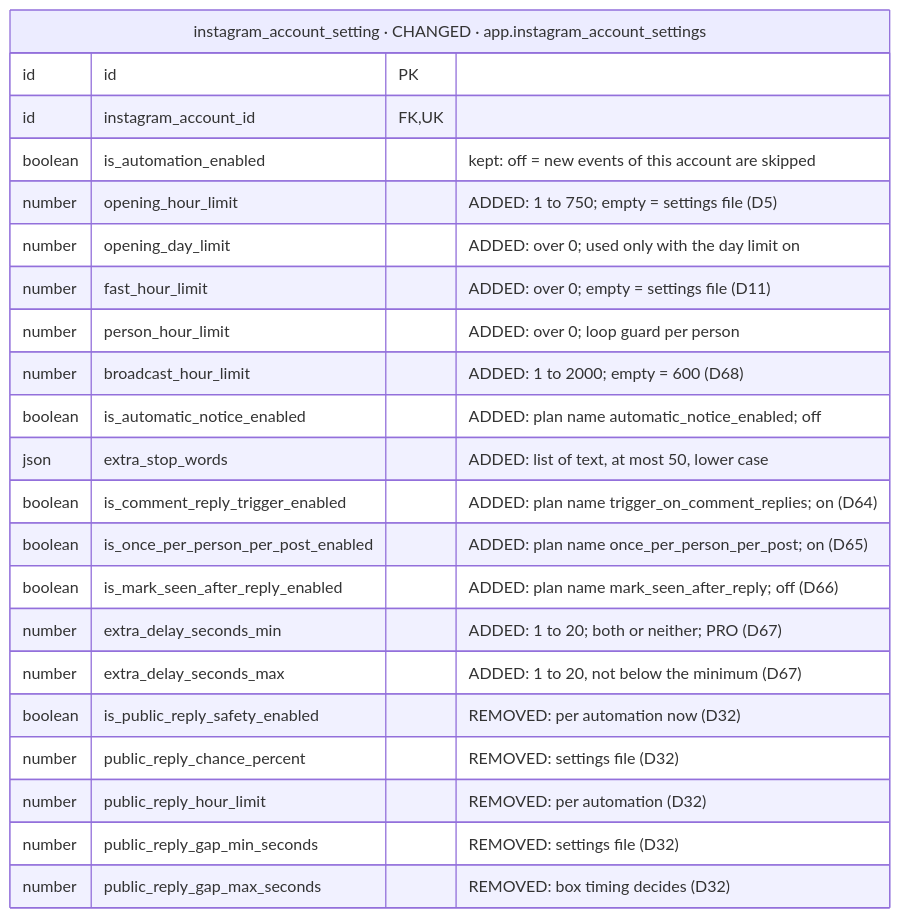
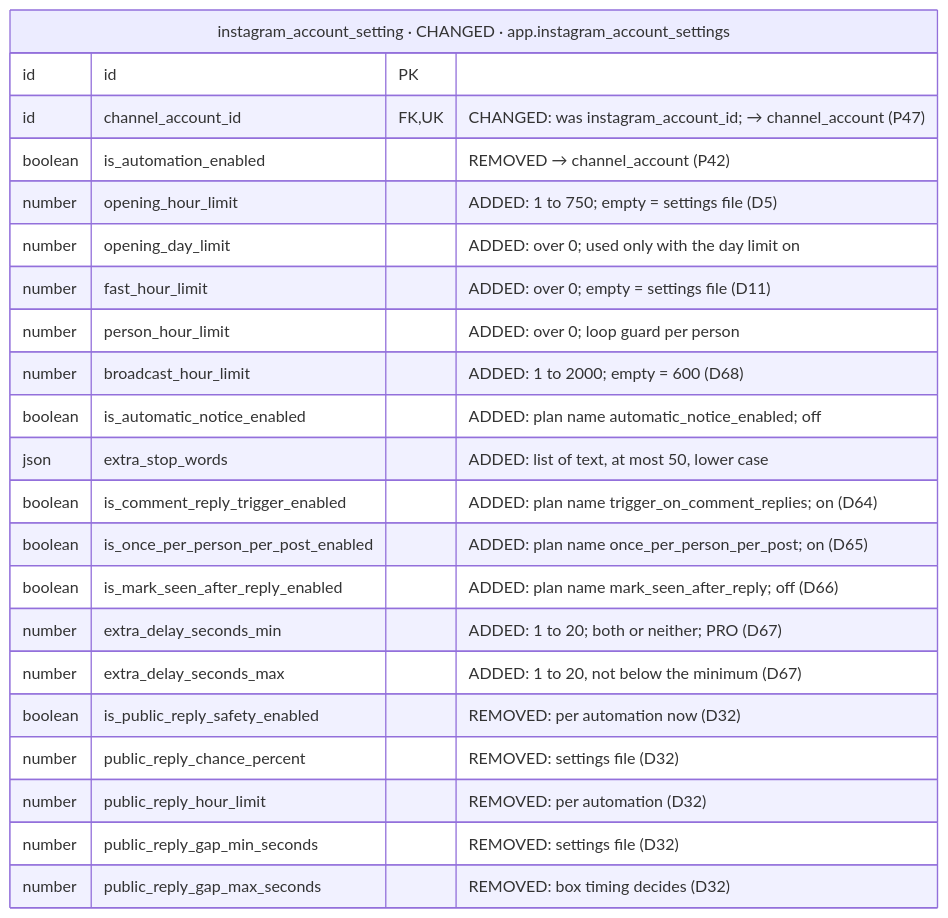
The sixth of 40 diagrams in iterations/feat-instagram-dm-sending-2026-11-23-oxak/plans/db-changes.md (albetrios/meepzo-be), drawn with Mermaid before and after one commit. The commit also changed other lines of this file and 3 other files, not shown here.

````diff
--- a/iterations/feat-instagram-dm-sending-2026-11-23-oxak/plans/db-changes.md
+++ b/iterations/feat-instagram-dm-sending-2026-11-23-oxak/plans/db-changes.md
@@ -330,25 +453,25 @@
 ```mermaid
 erDiagram
   instagram_account_setting["instagram_account_setting · CHANGED · app.instagram_account_settings"] {
     id id PK
-    id instagram_account_id FK, UK
-    boolean is_automation_enabled "kept: off = new events of this account are skipped"
+    id channel_account_id FK, UK "CHANGED: was instagram_account_id; → channel_account (P47)"
+    boolean is_automation_enabled "REMOVED → channel_account (P42)"
     number opening_hour_limit "ADDED: 1 to 750; empty = settings file (D5)"
     number opening_day_limit "ADDED: over 0; used only with the day limit on"
     number fast_hour_limit "ADDED: over 0; empty = settings file (D11)"
     number person_hour_limit "ADDED: over 0; loop guard per person"
     number broadcast_hour_limit "ADDED: 1 to 2000; empty = 600 (D68)"
     boolean is_automatic_notice_enabled "ADDED: plan name automatic_notice_enabled; off"
     json extra_stop_words "ADDED: list of text, at most 50, lower case"
     boolean is_comment_reply_trigger_enabled "ADDED: plan name trigger_on_comment_replies; on (D64)"
     boolean is_once_per_person_per_post_enabled "ADDED: plan name once_per_person_per_post; on (D65)"
     boolean is_mark_seen_after_reply_enabled "ADDED: plan name mark_seen_after_reply; off (D66)"
     number extra_delay_seconds_min "ADDED: 1 to 20; both or neither; PRO (D67)"
     number extra_delay_seconds_max "ADDED: 1 to 20, not below the minimum (D67)"
     boolean is_public_reply_safety_enabled "REMOVED: per automation now (D32)"
     number public_reply_chance_percent "REMOVED: settings file (D32)"
     number public_reply_hour_limit "REMOVED: per automation (D32)"
     number public_reply_gap_min_seconds "REMOVED: settings file (D32)"
     number public_reply_gap_max_seconds "REMOVED: box timing decides (D32)"
   }
 ```
````
